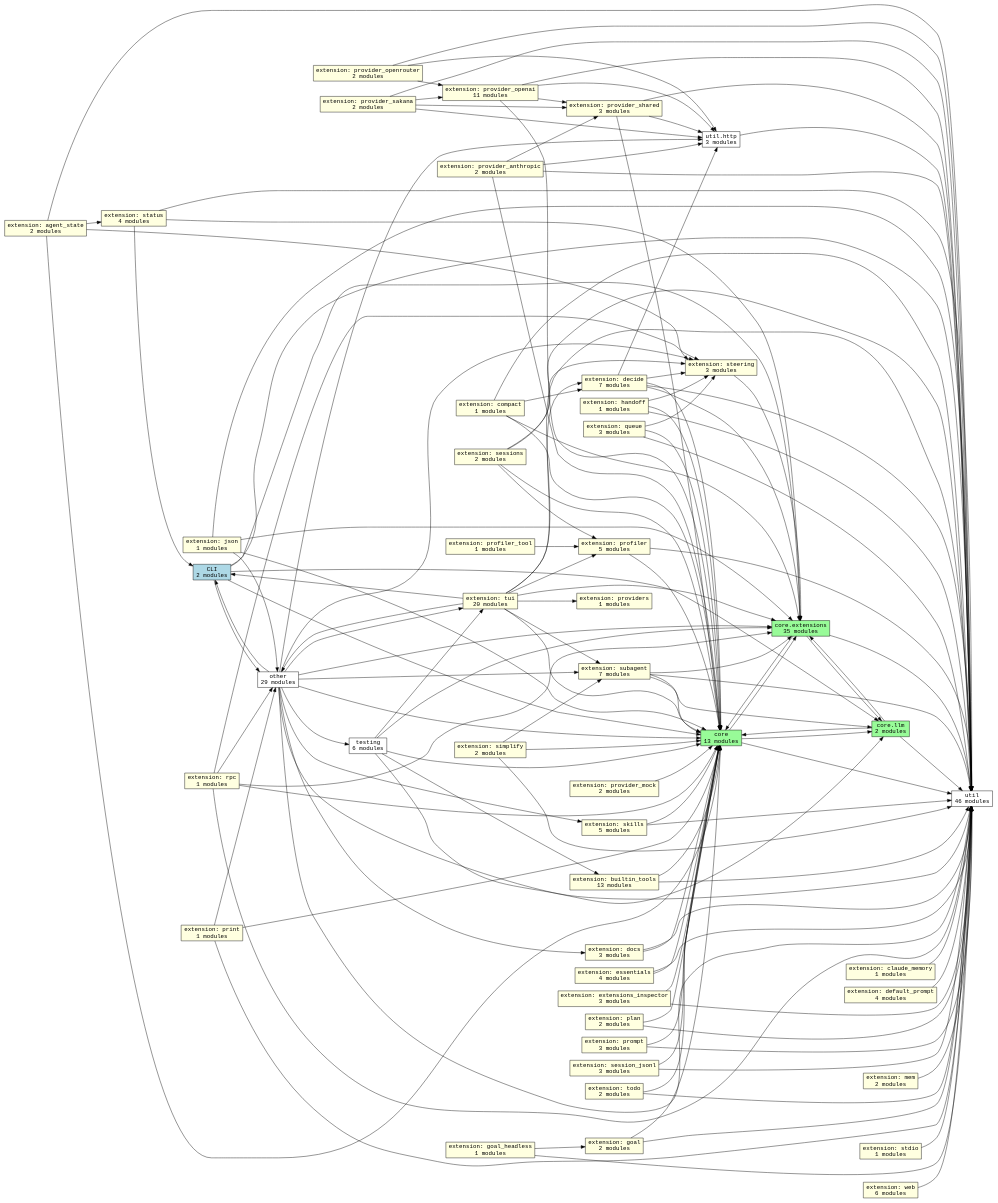
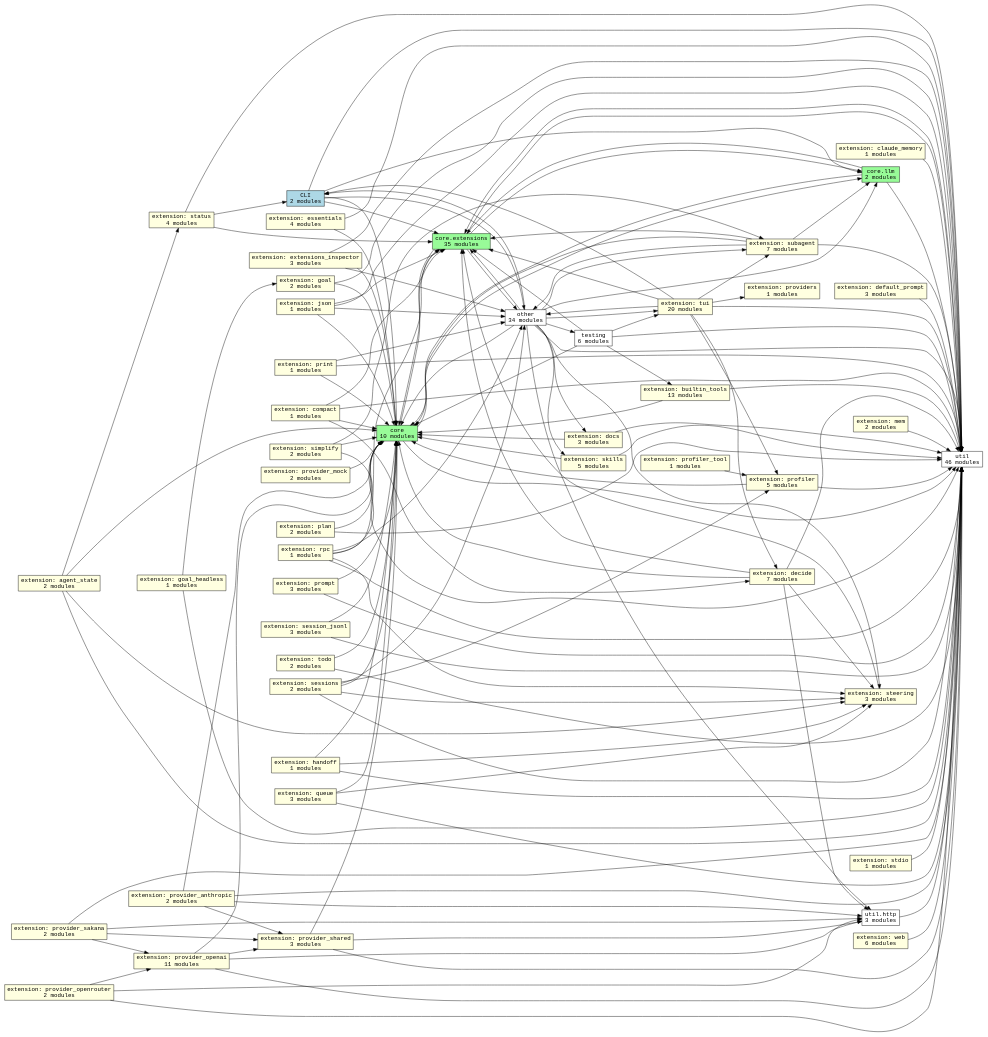
The diagram in docs/graphs/subsystems.dot (acmiyaguchi/fen), drawn with Graphviz before and after one commit. The commit also changed 20 other files, not shown here.

```diff
--- a/docs/graphs/subsystems.dot
+++ b/docs/graphs/subsystems.dot
@@ -1,188 +1,192 @@
 digraph fen_subsystems {
   graph [rankdir=LR];
   node [shape=box, fontname="monospace"];
   edge [fontname="monospace"];
   "cli" [fillcolor="lightblue", label="CLI\n2 modules", style="filled"];
-  "core" [fillcolor="palegreen", label="core\n13 modules", style="filled"];
+  "core" [fillcolor="palegreen", label="core\n10 modules", style="filled"];
   "core.extensions" [fillcolor="palegreen", label="core.extensions\n35 modules", style="filled"];
   "core.llm" [fillcolor="palegreen", label="core.llm\n2 modules", style="filled"];
   "extension.agent_state" [fillcolor="lightyellow", label="extension: agent_state\n2 modules", style="filled"];
   "extension.builtin_tools" [fillcolor="lightyellow", label="extension: builtin_tools\n13 modules", style="filled"];
   "extension.claude_memory" [fillcolor="lightyellow", label="extension: claude_memory\n1 modules", style="filled"];
   "extension.compact" [fillcolor="lightyellow", label="extension: compact\n1 modules", style="filled"];
   "extension.decide" [fillcolor="lightyellow", label="extension: decide\n7 modules", style="filled"];
-  "extension.default_prompt" [fillcolor="lightyellow", label="extension: default_prompt\n4 modules", style="filled"];
+  "extension.default_prompt" [fillcolor="lightyellow", label="extension: default_prompt\n3 modules", style="filled"];
   "extension.docs" [fillcolor="lightyellow", label="extension: docs\n3 modules", style="filled"];
   "extension.essentials" [fillcolor="lightyellow", label="extension: essentials\n4 modules", style="filled"];
   "extension.extensions_inspector" [fillcolor="lightyellow", label="extension: extensions_inspector\n3 modules", style="filled"];
   "extension.goal" [fillcolor="lightyellow", label="extension: goal\n2 modules", style="filled"];
   "extension.goal_headless" [fillcolor="lightyellow", label="extension: goal_headless\n1 modules", style="filled"];
   "extension.handoff" [fillcolor="lightyellow", label="extension: handoff\n1 modules", style="filled"];
   "extension.json" [fillcolor="lightyellow", label="extension: json\n1 modules", style="filled"];
   "extension.mem" [fillcolor="lightyellow", label="extension: mem\n2 modules", style="filled"];
   "extension.plan" [fillcolor="lightyellow", label="extension: plan\n2 modules", style="filled"];
   "extension.print" [fillcolor="lightyellow", label="extension: print\n1 modules", style="filled"];
   "extension.profiler" [fillcolor="lightyellow", label="extension: profiler\n5 modules", style="filled"];
   "extension.profiler_tool" [fillcolor="lightyellow", label="extension: profiler_tool\n1 modules", style="filled"];
   "extension.prompt" [fillcolor="lightyellow", label="extension: prompt\n3 modules", style="filled"];
   "extension.provider_anthropic" [fillcolor="lightyellow", label="extension: provider_anthropic\n2 modules", style="filled"];
   "extension.provider_mock" [fillcolor="lightyellow", label="extension: provider_mock\n2 modules", style="filled"];
   "extension.provider_openai" [fillcolor="lightyellow", label="extension: provider_openai\n11 modules", style="filled"];
   "extension.provider_openrouter" [fillcolor="lightyellow", label="extension: provider_openrouter\n2 modules", style="filled"];
   "extension.provider_sakana" [fillcolor="lightyellow", label="extension: provider_sakana\n2 modules", style="filled"];
   "extension.provider_shared" [fillcolor="lightyellow", label="extension: provider_shared\n3 modules", style="filled"];
   "extension.providers" [fillcolor="lightyellow", label="extension: providers\n1 modules", style="filled"];
   "extension.queue" [fillcolor="lightyellow", label="extension: queue\n3 modules", style="filled"];
   "extension.rpc" [fillcolor="lightyellow", label="extension: rpc\n1 modules", style="filled"];
   "extension.session_jsonl" [fillcolor="lightyellow", label="extension: session_jsonl\n3 modules", style="filled"];
   "extension.sessions" [fillcolor="lightyellow", label="extension: sessions\n2 modules", style="filled"];
   "extension.simplify" [fillcolor="lightyellow", label="extension: simplify\n2 modules", style="filled"];
   "extension.skills" [fillcolor="lightyellow", label="extension: skills\n5 modules", style="filled"];
   "extension.status" [fillcolor="lightyellow", label="extension: status\n4 modules", style="filled"];
   "extension.stdio" [fillcolor="lightyellow", label="extension: stdio\n1 modules", style="filled"];
   "extension.steering" [fillcolor="lightyellow", label="extension: steering\n3 modules", style="filled"];
   "extension.subagent" [fillcolor="lightyellow", label="extension: subagent\n7 modules", style="filled"];
   "extension.todo" [fillcolor="lightyellow", label="extension: todo\n2 modules", style="filled"];
   "extension.tui" [fillcolor="lightyellow", label="extension: tui\n20 modules", style="filled"];
   "extension.web" [fillcolor="lightyellow", label="extension: web\n6 modules", style="filled"];
-  "other" [fillcolor="white", label="other\n29 modules", style="filled"];
+  "other" [fillcolor="white", label="other\n34 modules", style="filled"];
   "testing" [fillcolor="white", label="testing\n6 modules", style="filled"];
   "util" [fillcolor="white", label="util\n46 modules", style="filled"];
   "util.http" [fillcolor="white", label="util.http\n3 modules", style="filled"];
   "cli" -> "core";
   "cli" -> "core.extensions";
   "cli" -> "core.llm";
   "cli" -> "other";
   "cli" -> "util";
   "core" -> "core.extensions";
   "core" -> "core.llm";
   "core" -> "util";
   "core.extensions" -> "core";
   "core.extensions" -> "core.llm";
+  "core.extensions" -> "other";
   "core.extensions" -> "util";
   "core.llm" -> "core";
   "core.llm" -> "core.extensions";
   "core.llm" -> "util";
   "extension.agent_state" -> "core";
   "extension.agent_state" -> "extension.status";
   "extension.agent_state" -> "extension.steering";
   "extension.agent_state" -> "util";
   "extension.builtin_tools" -> "core";
   "extension.builtin_tools" -> "util";
   "extension.claude_memory" -> "util";
   "extension.compact" -> "core";
   "extension.compact" -> "core.extensions";
   "extension.compact" -> "extension.decide";
   "extension.compact" -> "util";
   "extension.decide" -> "core";
   "extension.decide" -> "core.extensions";
   "extension.decide" -> "extension.steering";
   "extension.decide" -> "util";
   "extension.decide" -> "util.http";
   "extension.default_prompt" -> "util";
   "extension.docs" -> "core";
   "extension.docs" -> "util";
   "extension.essentials" -> "core";
   "extension.essentials" -> "util";
   "extension.extensions_inspector" -> "core";
+  "extension.extensions_inspector" -> "other";
   "extension.extensions_inspector" -> "util";
   "extension.goal" -> "core";
   "extension.goal" -> "util";
   "extension.goal_headless" -> "extension.goal";
   "extension.goal_headless" -> "util";
   "extension.handoff" -> "core";
   "extension.handoff" -> "extension.steering";
   "extension.handoff" -> "util";
   "extension.json" -> "core";
   "extension.json" -> "core.extensions";
   "extension.json" -> "other";
   "extension.json" -> "util";
   "extension.mem" -> "util";
   "extension.plan" -> "core";
   "extension.plan" -> "util";
   "extension.print" -> "core";
   "extension.print" -> "other";
   "extension.print" -> "util";
   "extension.profiler" -> "core";
   "extension.profiler" -> "util";
   "extension.profiler_tool" -> "extension.profiler";
   "extension.prompt" -> "core";
   "extension.prompt" -> "util";
   "extension.provider_anthropic" -> "core";
   "extension.provider_anthropic" -> "extension.provider_shared";
   "extension.provider_anthropic" -> "util";
   "extension.provider_anthropic" -> "util.http";
   "extension.provider_mock" -> "core";
   "extension.provider_openai" -> "core";
   "extension.provider_openai" -> "extension.provider_shared";
   "extension.provider_openai" -> "util";
   "extension.provider_openai" -> "util.http";
   "extension.provider_openrouter" -> "extension.provider_openai";
   "extension.provider_openrouter" -> "util";
   "extension.provider_openrouter" -> "util.http";
   "extension.provider_sakana" -> "extension.provider_openai";
   "extension.provider_sakana" -> "extension.provider_shared";
   "extension.provider_sakana" -> "util";
   "extension.provider_sakana" -> "util.http";
   "extension.provider_shared" -> "core";
   "extension.provider_shared" -> "util";
   "extension.provider_shared" -> "util.http";
   "extension.queue" -> "core";
   "extension.queue" -> "extension.steering";
   "extension.queue" -> "util";
   "extension.rpc" -> "core";
   "extension.rpc" -> "core.extensions";
   "extension.rpc" -> "extension.steering";
   "extension.rpc" -> "other";
   "extension.rpc" -> "util";
   "extension.session_jsonl" -> "core";
   "extension.session_jsonl" -> "util";
   "extension.sessions" -> "core";
   "extension.sessions" -> "extension.profiler";
   "extension.sessions" -> "extension.steering";
+  "extension.sessions" -> "other";
   "extension.sessions" -> "util";
   "extension.simplify" -> "core";
   "extension.simplify" -> "extension.subagent";
   "extension.simplify" -> "util";
   "extension.skills" -> "core";
   "extension.skills" -> "util";
   "extension.status" -> "cli";
   "extension.status" -> "core.extensions";
   "extension.status" -> "util";
   "extension.stdio" -> "util";
   "extension.steering" -> "core.extensions";
   "extension.subagent" -> "core";
   "extension.subagent" -> "core.extensions";
   "extension.subagent" -> "core.llm";
+  "extension.subagent" -> "other";
   "extension.subagent" -> "util";
   "extension.todo" -> "core";
   "extension.todo" -> "util";
   "extension.tui" -> "cli";
-  "extension.tui" -> "core";
   "extension.tui" -> "core.extensions";
   "extension.tui" -> "extension.decide";
   "extension.tui" -> "extension.profiler";
   "extension.tui" -> "extension.providers";
   "extension.tui" -> "extension.subagent";
   "extension.tui" -> "other";
   "extension.tui" -> "util";
   "extension.web" -> "util";
   "other" -> "cli";
   "other" -> "core";
   "other" -> "core.extensions";
   "other" -> "core.llm";
   "other" -> "extension.docs";
   "other" -> "extension.skills";
   "other" -> "extension.steering";
   "other" -> "extension.subagent";
   "other" -> "extension.tui";
   "other" -> "testing";
   "other" -> "util";
   "other" -> "util.http";
   "testing" -> "core";
   "testing" -> "core.extensions";
   "testing" -> "extension.builtin_tools";
   "testing" -> "extension.tui";
   "testing" -> "util";
+  "util" -> "core.extensions";
   "util.http" -> "util";
 }
```
